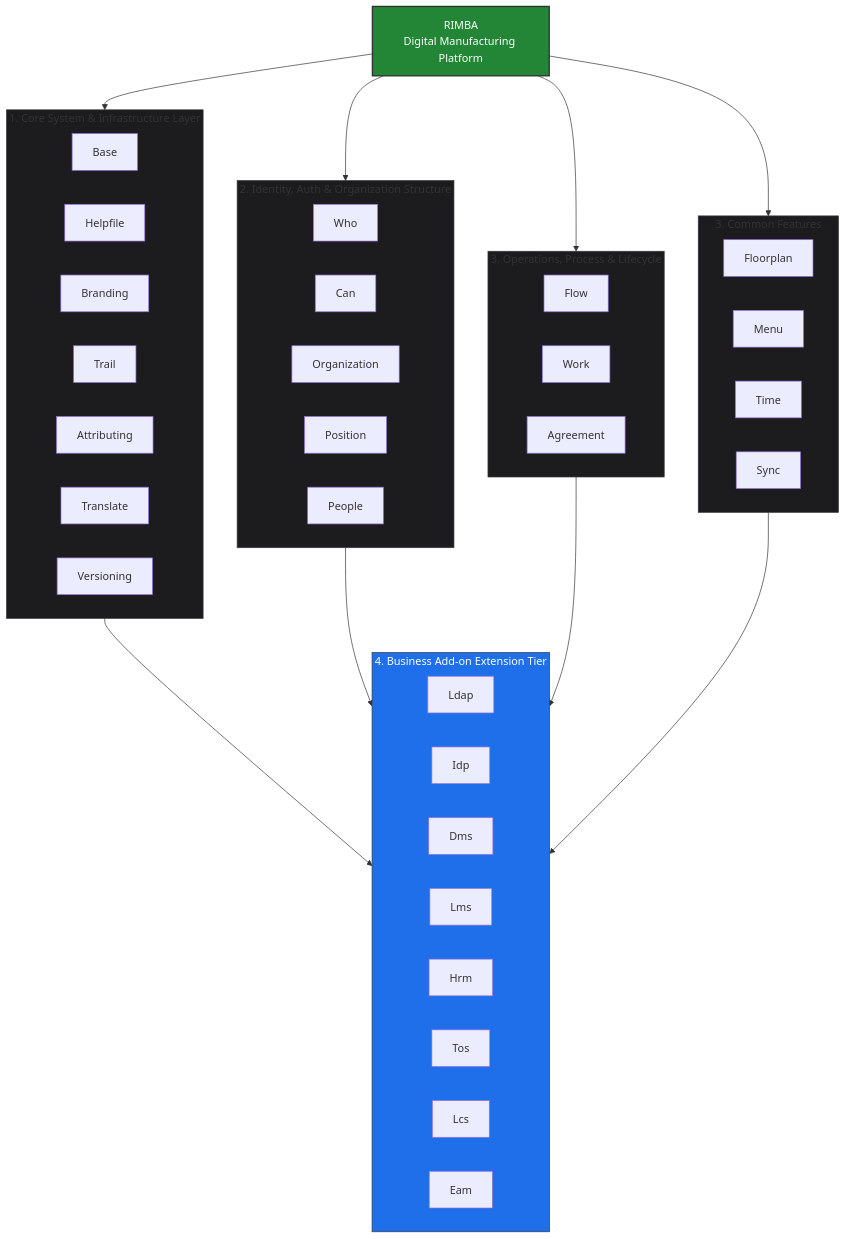
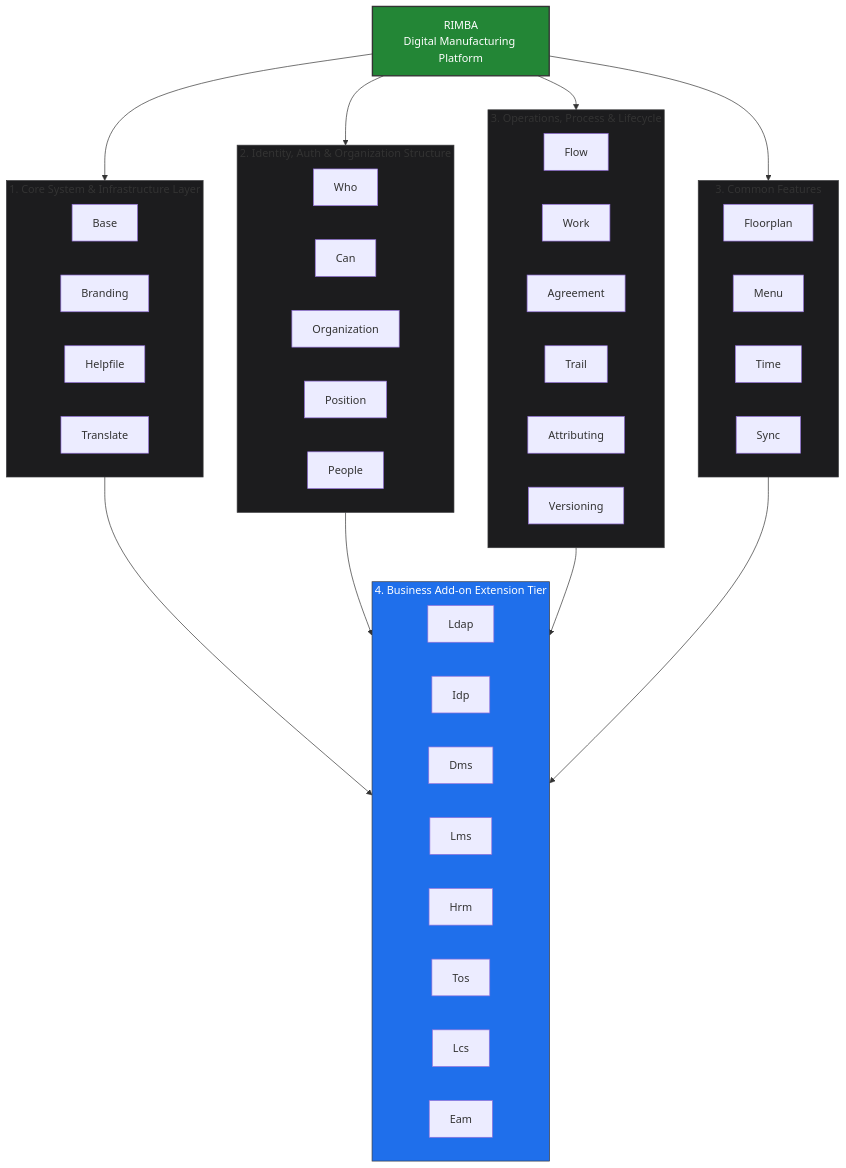
The diagram in repo/references/rimba.md (bit-es/curio), drawn with Mermaid before and after one commit. The commit also changed other lines of this file, not shown here.

````diff
--- a/repo/references/rimba.md
+++ b/repo/references/rimba.md
@@ -62,72 +62,72 @@
 ```mermaid
 graph TD
     %% Main Platform Hub
     Rimba["RIMBA<br/>Digital Manufacturing Platform"]
 
     %% Core System Infrastructure Layer
     subgraph Core ["1. Core System & Infrastructure Layer"]
         Asas["Base"]
+        Citra["Branding"]
         Bantu["Helpfile"]
-        Citra["Branding"]
-        Jejak["Trail"]
-        Sifat["Attributing"]
         Tutur["Translate"]
-        Versi["Versioning"]
     end
 
     %% Identity, Auth, & Structure Layer
     subgraph Governance ["2. Identity, Auth & Organization Structure"]
         Siapa["Who"]
         Boleh["Can"]
         Pihak["Organization"]
         Jawat["Position"]
         Orang["People"]
     end
 
     %% Operations, Process & Lifecycle Layer
     subgraph Operations ["3. Operations, Process & Lifecycle"]
         Jalan["Flow"]
         Kerja["Work"]
         Janji["Agreement"]
+        Jejak["Trail"]
+        Sifat["Attributing"]
+        Versi["Versioning"]
     end
 
     %% Common Features Layer
     subgraph Common ["3. Common Features"]
         Pelan["Floorplan"]
         Jalur["Menu"]
         Waktu["Time"]
         Laras["Sync"]
     end
 
     %% Business Add-ons Tier
     subgraph AddOns ["4. Business Add-on Extension Tier"]
         Ldap["Ldap"]
         Idp["Idp"]
         Dms["Dms"]
         Lms["Lms"]
         Hrm["Hrm"]
         Tos["Tos"]
         Lcs["Lcs"]
         Eam["Eam"]
     end
 
     %% High-level Architecture Flow Connections
     Rimba --> Core
     Rimba --> Governance
     Rimba --> Operations
     Rimba --> Common
     
     %% Architectural Tier Progression
     Core --> AddOns
     Governance --> AddOns
     Operations --> AddOns
     Common --> AddOns
 
     %% Visual Styling for GitHub Compatibility
     style Rimba fill:#238636,stroke:#333,stroke-width:2px,color:#fff
     style Core fill:#1c1c1e,stroke:#3a3a3c,stroke-width:1px
     style Governance fill:#1c1c1e,stroke:#3a3a3c,stroke-width:1px
     style Operations fill:#1c1c1e,stroke:#3a3a3c,stroke-width:1px
     style Common fill:#1c1c1e,stroke:#3a3a3c,stroke-width:1px
     style AddOns fill:#1f6feb,stroke:#3a3a3c,stroke-width:1px,color:#fff
 ```
````
